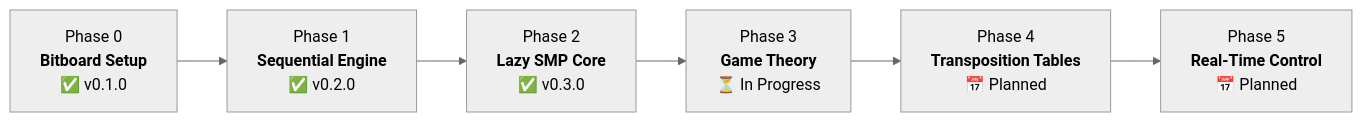
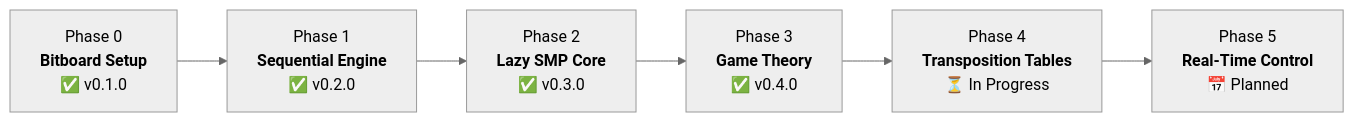
The diagram in README.md (a-delavega/minimax-parallel-benchmark), drawn with Mermaid (neutral theme) before and after one commit. The commit also changed other lines of this file and 1 other file, not shown here.

Commit message:
docs: complete Phase 3 documentation and update project roadmap

````diff
--- a/README.md
+++ b/README.md
@@ -65,8 +66,8 @@
 ```mermaid
 flowchart LR
     A["Phase 0<br/><b>Bitboard Setup</b><br/>✅ v0.1.0"] --> B["Phase 1<br/><b>Sequential Engine</b><br/>✅ v0.2.0"]
     B --> C["Phase 2<br/><b>Lazy SMP Core</b><br/>✅ v0.3.0"]
-    C --> D["Phase 3<br/><b>Game Theory</b><br/>⏳ In Progress"]
-    D --> E["Phase 4<br/><b>Transposition Tables</b><br/>📅 Planned"]
+    C --> D["Phase 3<br/><b>Game Theory</b><br/>✅ v0.4.0"]
+    D --> E["Phase 4<br/><b>Transposition Tables</b><br/>⏳ In Progress"]
     E --> F["Phase 5<br/><b>Real-Time Control</b><br/>📅 Planned"]
 ```
````
